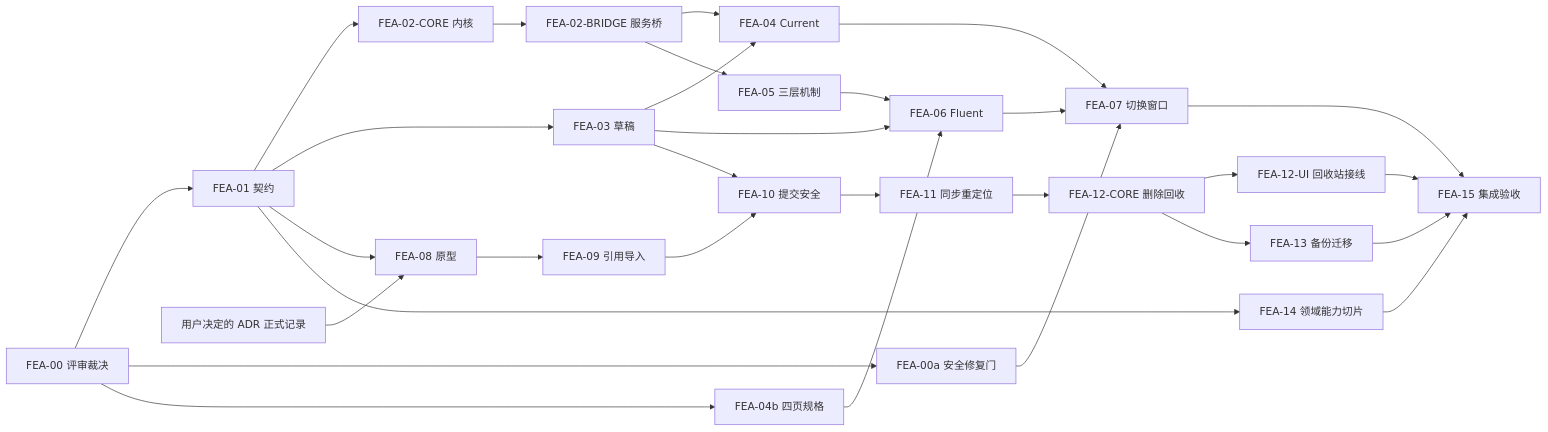
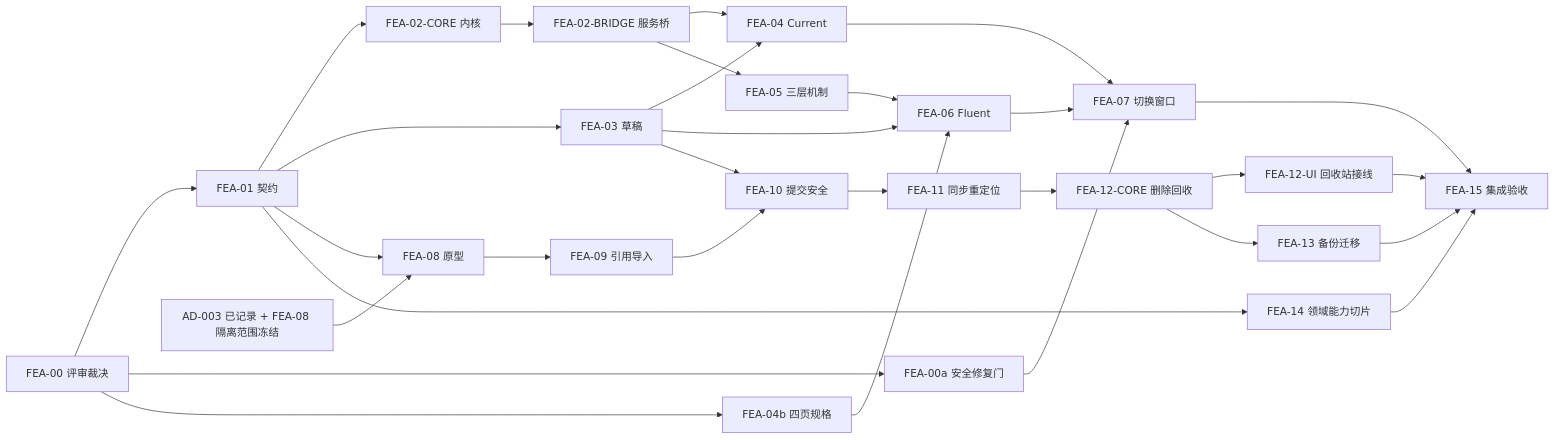
Before and after one commit to peakwheat-pixel/New-Manga: the sixth of 6 diagrams in doc/design/FLUENT_FRONTEND_ARCHITECTURE_PROPOSAL.md, drawn with Mermaid. The commit also changed other lines of this file, not shown here.

Commit message:
docs(fea): r4 修订处置 FEA-00 r7（R7-01/R7-02 + R7-03..R7-08）

````diff
--- a/doc/design/FLUENT_FRONTEND_ARCHITECTURE_PROPOSAL.md
+++ b/doc/design/FLUENT_FRONTEND_ARCHITECTURE_PROPOSAL.md
@@ -646,32 +660,32 @@
 ```mermaid
 flowchart LR
   P0[FEA-00 评审裁决] --> P1[FEA-01 契约]
   P0 --> P00a[FEA-00a 安全修复门]
   P0 --> P04b[FEA-04b 四页规格]
   P1 --> P2C[FEA-02-CORE 内核]
   P2C --> P2[FEA-02-BRIDGE 服务桥]
   P1 --> P3[FEA-03 草稿]
   P2 --> P4[FEA-04 Current]
   P3 --> P4
   P2 --> P5[FEA-05 三层机制]
   P5 --> P6[FEA-06 Fluent]
   P3 --> P6
   P4 --> P7[FEA-07 切换窗口]
   P6 --> P7
   P00a --> P7
   P04b --> P6
-  ADR[用户决定的 ADR 正式记录] --> P8[FEA-08 原型]
+  AD003[AD-003 已记录 + FEA-08 隔离范围冻结] --> P8[FEA-08 原型]
   P1 --> P8
   P8 --> P9[FEA-09 引用导入]
   P9 --> P10[FEA-10 提交安全]
   P3 --> P10
   P10 --> P11[FEA-11 同步重定位]
   P11 --> P12C[FEA-12-CORE 删除回收]
   P12C --> P12U[FEA-12-UI 回收站接线]
   P12C --> P13[FEA-13 备份迁移]
   P12U --> P15
   P1 --> P14[FEA-14 领域能力切片]
   P7 --> P15[FEA-15 集成验收]
   P13 --> P15
   P14 --> P15
 ```
````
